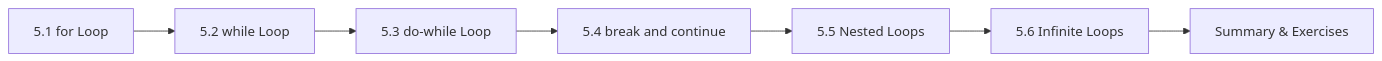
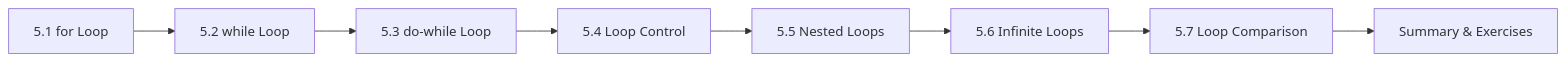
The diagram in docs/courses/c-programming/05-loops.md (Raushan666java/ai-engineering-journey), drawn with Mermaid before and after one commit. The commit also changed other lines of this file and 23 other files, not shown here.

````diff
--- a/docs/courses/c-programming/05-loops.md
+++ b/docs/courses/c-programming/05-loops.md
@@ -25,9 +25,10 @@
 ```mermaid
 flowchart LR
     A["5.1 for Loop"] --> B["5.2 while Loop"]
     B --> C["5.3 do-while Loop"]
-    C --> D["5.4 break and continue"]
+    C --> D["5.4 Loop Control"]
     D --> E["5.5 Nested Loops"]
     E --> F["5.6 Infinite Loops"]
-    F --> G["Summary & Exercises"]
+    F --> G["5.7 Loop Comparison"]
+    G --> H["Summary & Exercises"]
 ```
````
